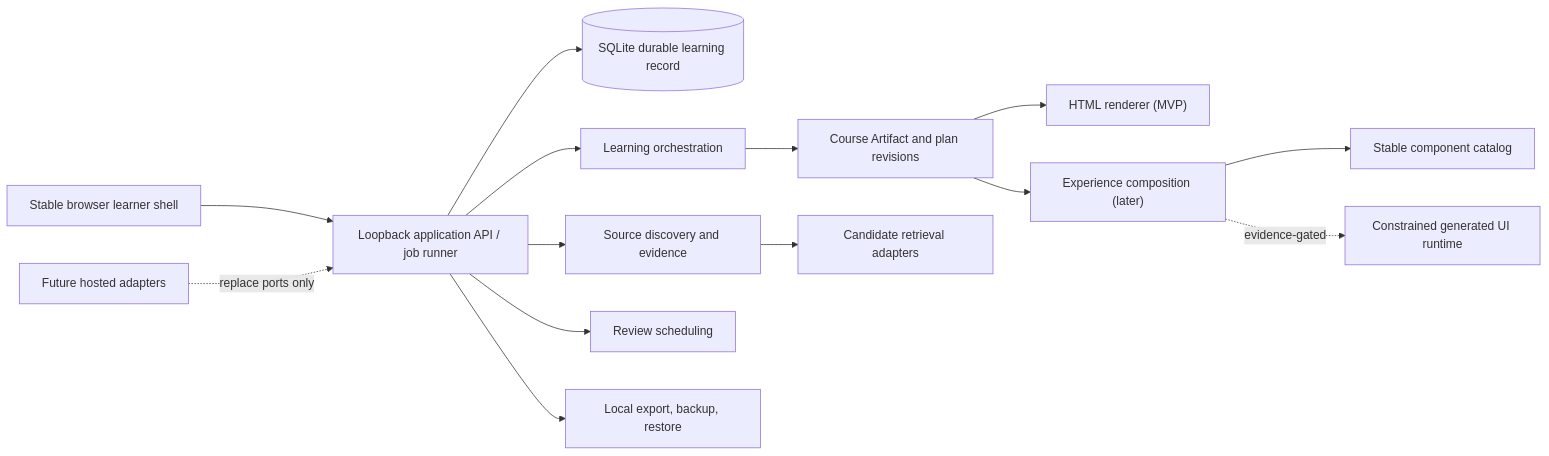
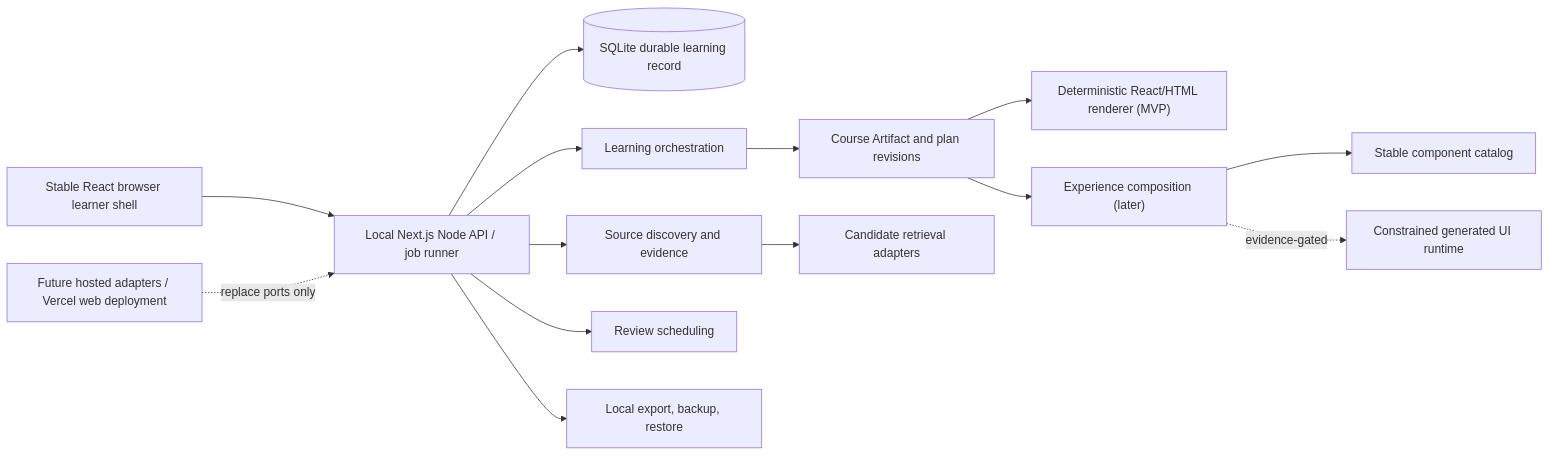
Before and after one commit to Z-Lemke/OpenBook: the third of 3 diagrams in docs/factory/Solution.md, drawn with Mermaid. The commit also changed other lines of this file and 1 other file, not shown here.

Commit message:
docs: adopt TypeScript Next architecture

````diff
--- a/docs/factory/Solution.md
+++ b/docs/factory/Solution.md
@@ -62,16 +105,16 @@
 ```mermaid
 flowchart LR
-  browser["Stable browser learner shell"] --> app["Loopback application API / job runner"]
+  browser["Stable React browser learner shell"] --> app["Local Next.js Node API / job runner"]
   app --> record[("SQLite durable learning record")]
   app --> learning["Learning orchestration"]
   learning --> artifact["Course Artifact and plan revisions"]
-  artifact --> html["HTML renderer (MVP)"]
+  artifact --> html["Deterministic React/HTML renderer (MVP)"]
   artifact --> composition["Experience composition (later)"]
   composition --> catalog["Stable component catalog"]
   composition -. evidence-gated .-> runtime["Constrained generated UI runtime"]
   app --> discovery["Source discovery and evidence"]
   discovery --> web["Candidate retrieval adapters"]
   app --> review["Review scheduling"]
   app --> ops["Local export, backup, restore"]
-  future["Future hosted adapters"] -. replace ports only .-> app
+  future["Future hosted adapters / Vercel web deployment"] -. replace ports only .-> app
 ```
````
